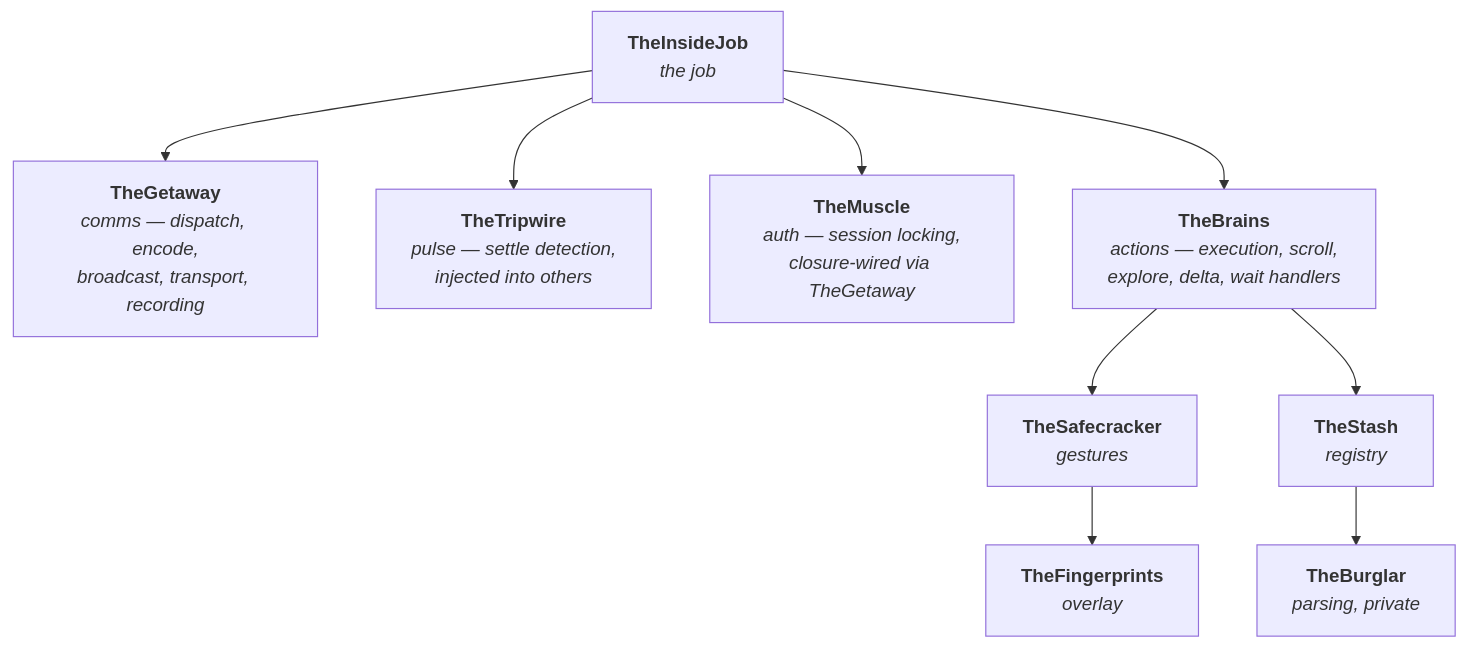
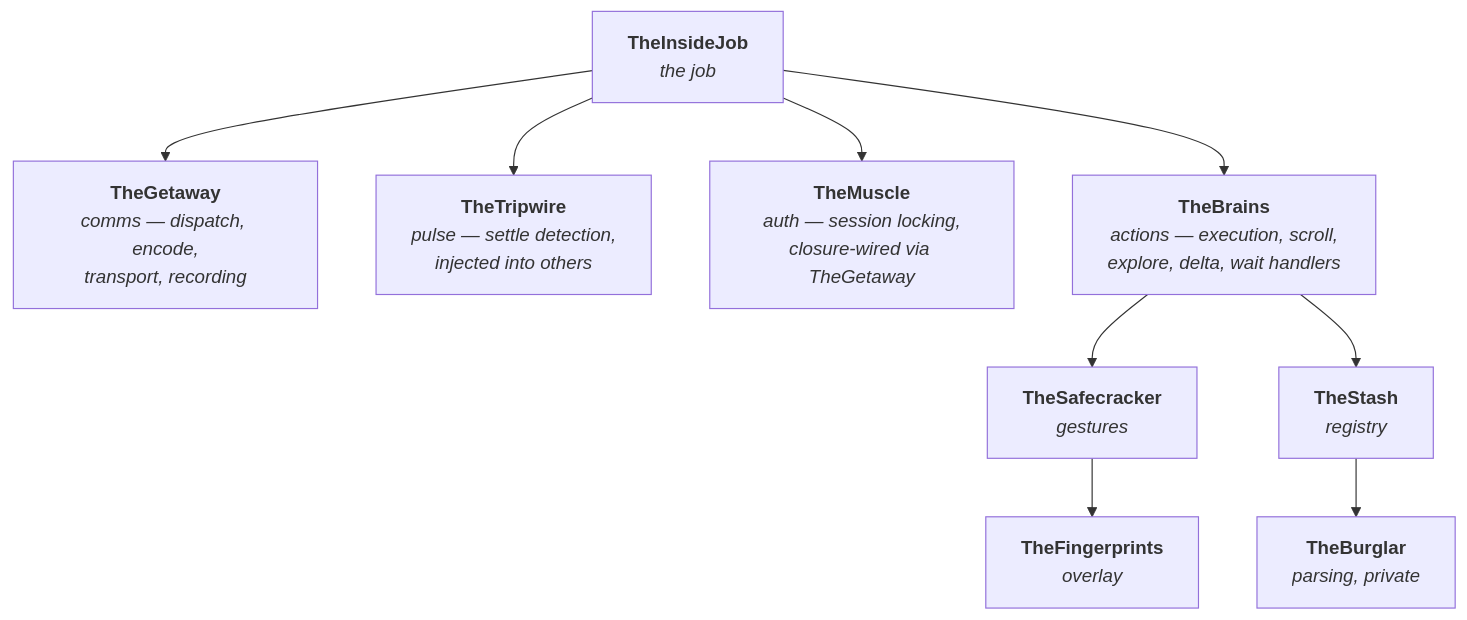
The second of 6 diagrams in docs/dossiers/06-THEINSIDEJOB.md (RoyalPineapple/TheButtonHeist), drawn with Mermaid before and after one commit. The commit also changed other lines of this file and 35 other files, not shown here.

````diff
--- a/docs/dossiers/06-THEINSIDEJOB.md
+++ b/docs/dossiers/06-THEINSIDEJOB.md
@@ -73,21 +73,21 @@
 ```mermaid
 graph TD
     TIJ["<b>TheInsideJob</b><br/><i>the job</i>"]
-    TG["<b>TheGetaway</b><br/><i>comms — dispatch, encode,<br/>broadcast, transport, recording</i>"]
+    TG["<b>TheGetaway</b><br/><i>comms — dispatch, encode,<br/>transport, recording</i>"]
     TT["<b>TheTripwire</b><br/><i>pulse — settle detection,<br/>injected into others</i>"]
     TM["<b>TheMuscle</b><br/><i>auth — session locking,<br/>closure-wired via TheGetaway</i>"]
     TB["<b>TheBrains</b><br/><i>actions — execution, scroll,<br/>explore, delta, wait handlers</i>"]
     TS["<b>TheSafecracker</b><br/><i>gestures</i>"]
     TF["<b>TheFingerprints</b><br/><i>overlay</i>"]
     TSt["<b>TheStash</b><br/><i>registry</i>"]
     TBu["<b>TheBurglar</b><br/><i>parsing, private</i>"]
 
     TIJ --> TG
     TIJ --> TT
     TIJ --> TM
     TIJ --> TB
     TB --> TS
     TS --> TF
     TB --> TSt
     TSt --> TBu
 ```
````
